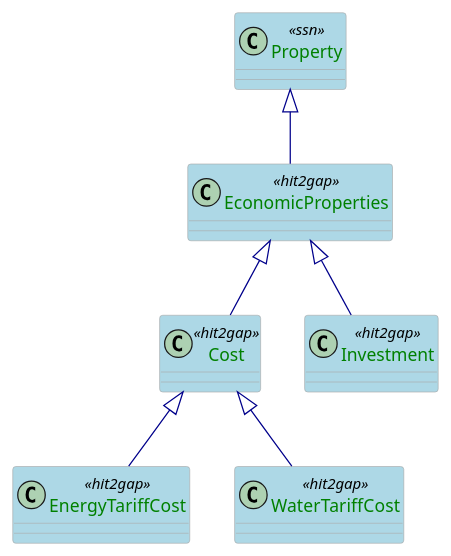
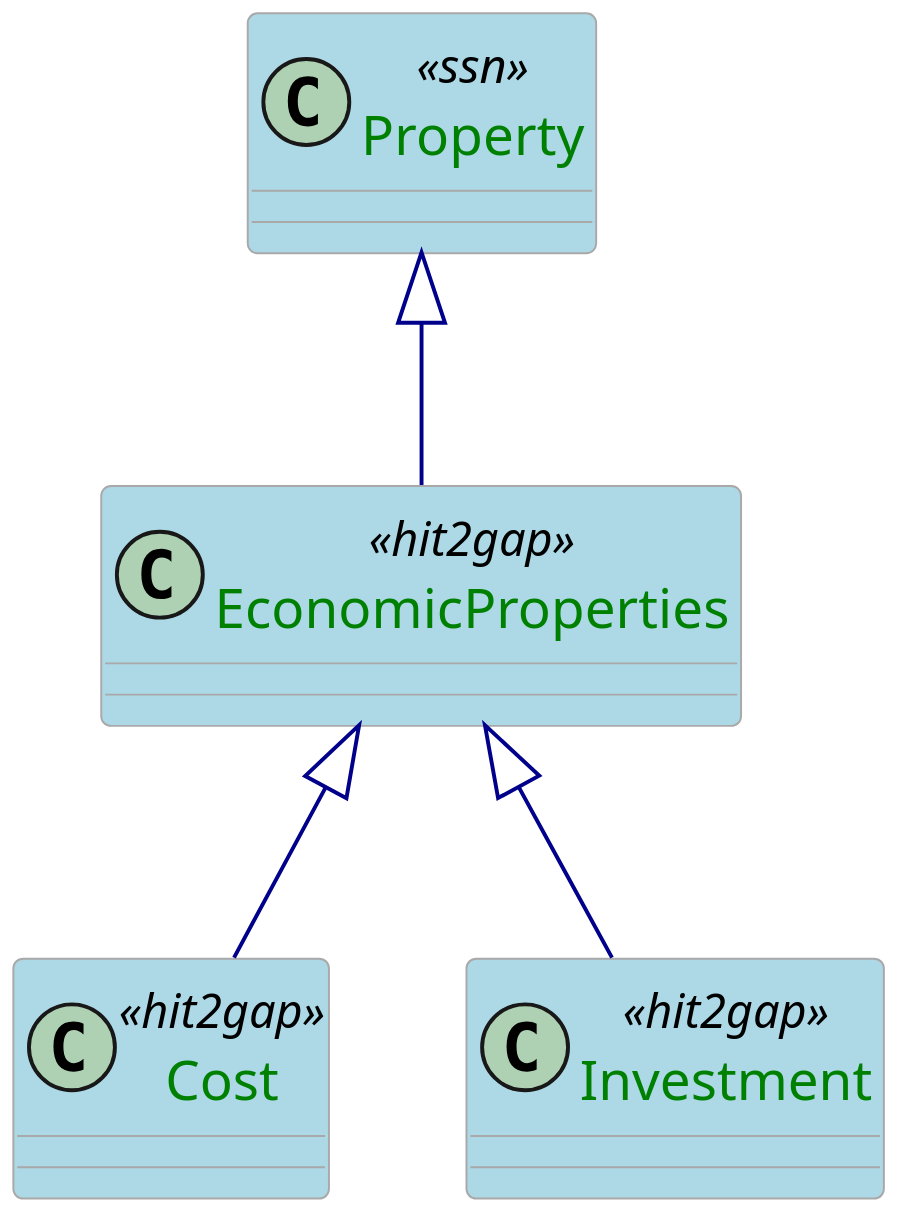
Before and after one commit to HIT2GAP-EU-PROJECT/BEMOnt: the diagram in plantuml/EconomicProperties.puml, drawn with PlantUML. The commit also changed 29 other files, not shown here.

```diff
--- a/plantuml/EconomicProperties.puml
+++ b/plantuml/EconomicProperties.puml
@@ -1,28 +1,25 @@
 @startuml
 
 skinparam class {
   ArrowColor DarkBlue
   ArrowFontColor DarkBlue
   BackgroundColor LightBlue
   BorderColor DarkGrey
 }
+skinparam dpi 300
 skinparam stereotypeCBackgroundColor Wheat
 skinparam classAttributeFontColor  Green
 
 class Property <<ssn>>
 
 class EconomicProperties <<hit2gap>>
 
 class Cost <<hit2gap>>
 class Investment <<hit2gap>>
-class EnergyTariffCost <<hit2gap>>
-class WaterTariffCost <<hit2gap>>
 
 Property <|-- EconomicProperties
 
 EconomicProperties <|-- Cost
 EconomicProperties <|-- Investment
-Cost <|-- EnergyTariffCost
-Cost <|-- WaterTariffCost
 
 @enduml
```
